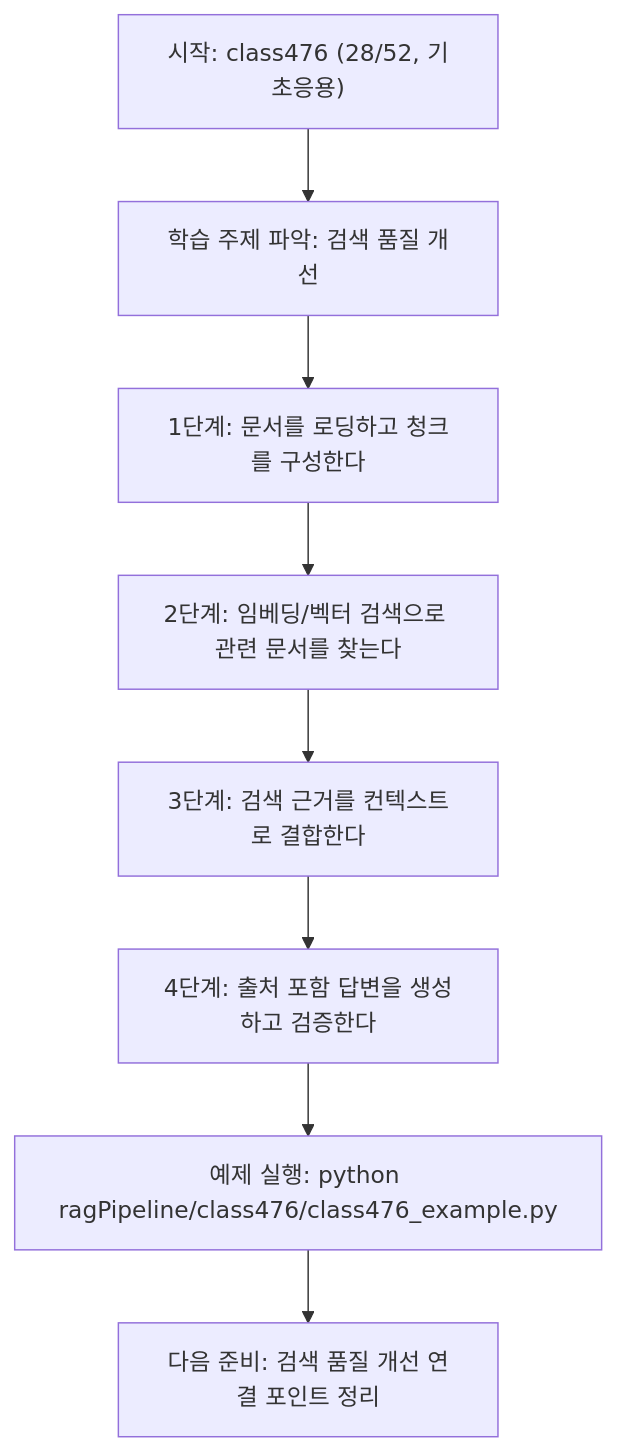
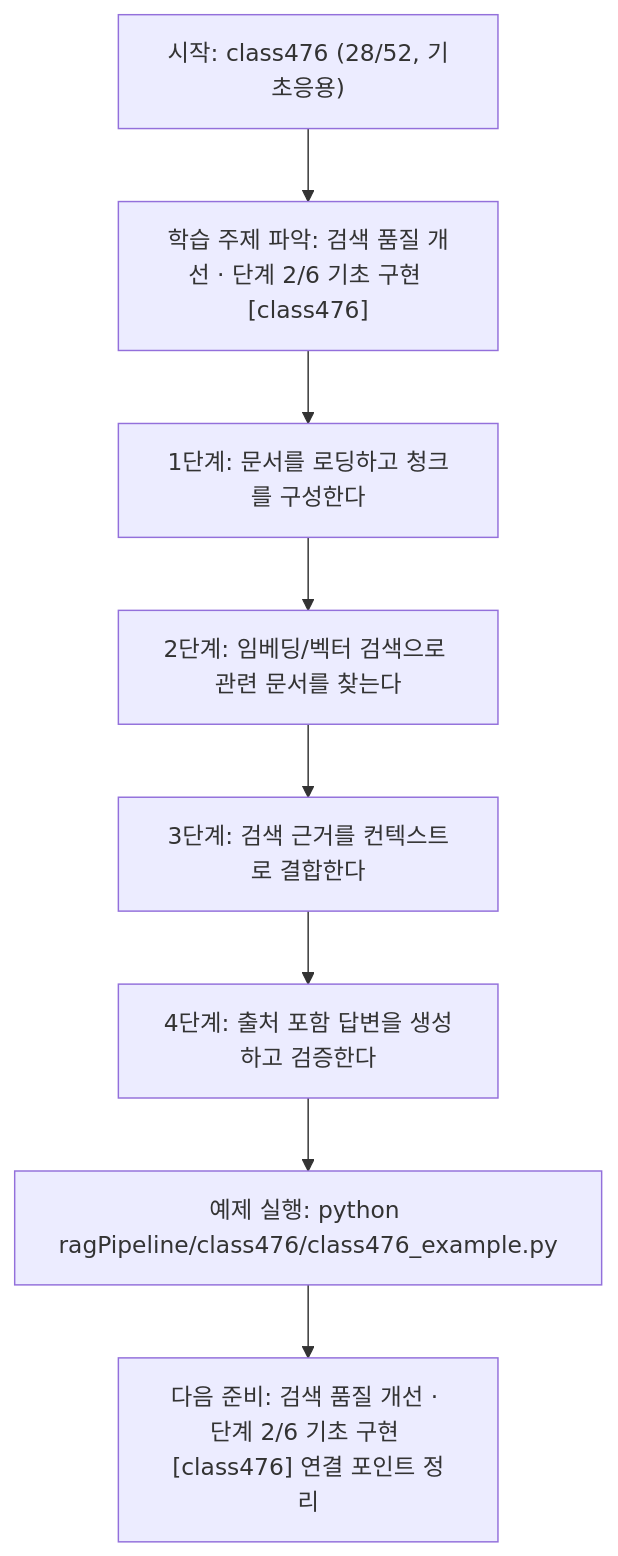
The diagram in ragPipeline/class476/class476.md (edumgt/Python-AI_Agent-Class), drawn with Mermaid before and after one commit. The commit also changed other lines of this file and 522 other files, not shown here.

````diff
--- a/ragPipeline/class476/class476.md
+++ b/ragPipeline/class476/class476.md
@@ -110,18 +111,18 @@
 ```mermaid
 flowchart TD
 N1["시작: class476 (28/52, 기초응용)"]
-N2["학습 주제 파악: 검색 품질 개선"]
+N2["학습 주제 파악: 검색 품질 개선 · 단계 2/6 기초 구현 [class476]"]
 N3["1단계: 문서를 로딩하고 청크를 구성한다"]
 N4["2단계: 임베딩/벡터 검색으로 관련 문서를 찾는다"]
 N5["3단계: 검색 근거를 컨텍스트로 결합한다"]
 N6["4단계: 출처 포함 답변을 생성하고 검증한다"]
 N7["예제 실행: python ragPipeline/class476/class476_example.py"]
-N8["다음 준비: 검색 품질 개선 연결 포인트 정리"]
+N8["다음 준비: 검색 품질 개선 · 단계 2/6 기초 구현 [class476] 연결 포인트 정리"]
 N1 --> N2
 N2 --> N3
 N3 --> N4
 N4 --> N5
 N5 --> N6
 N6 --> N7
 N7 --> N8
 ```
````
